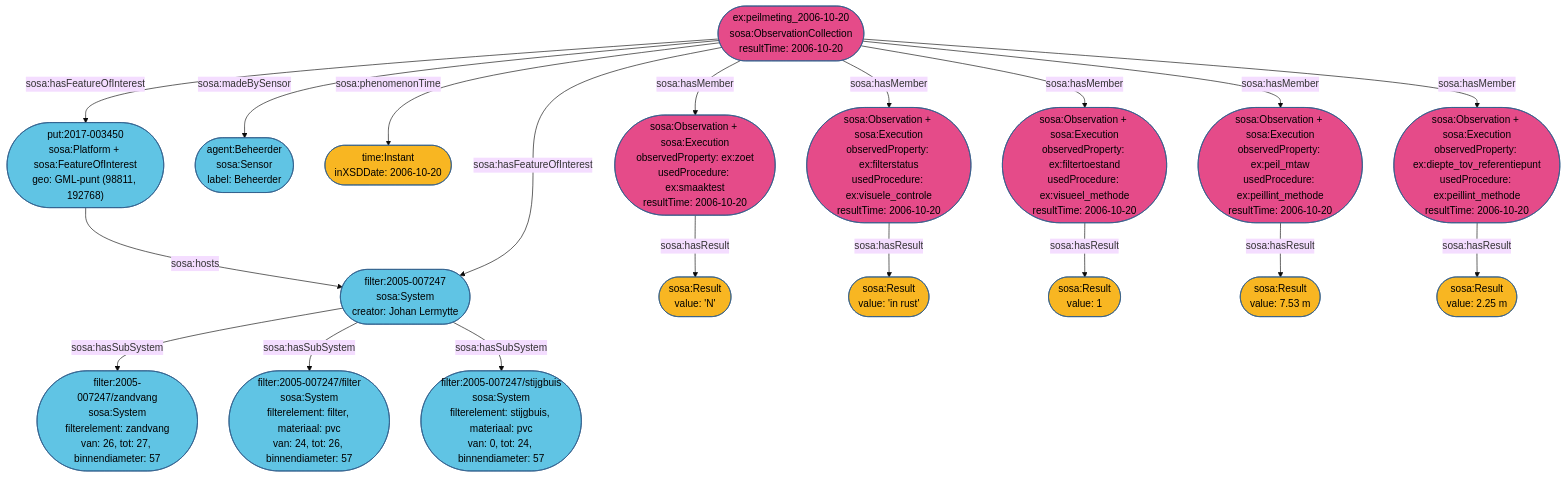
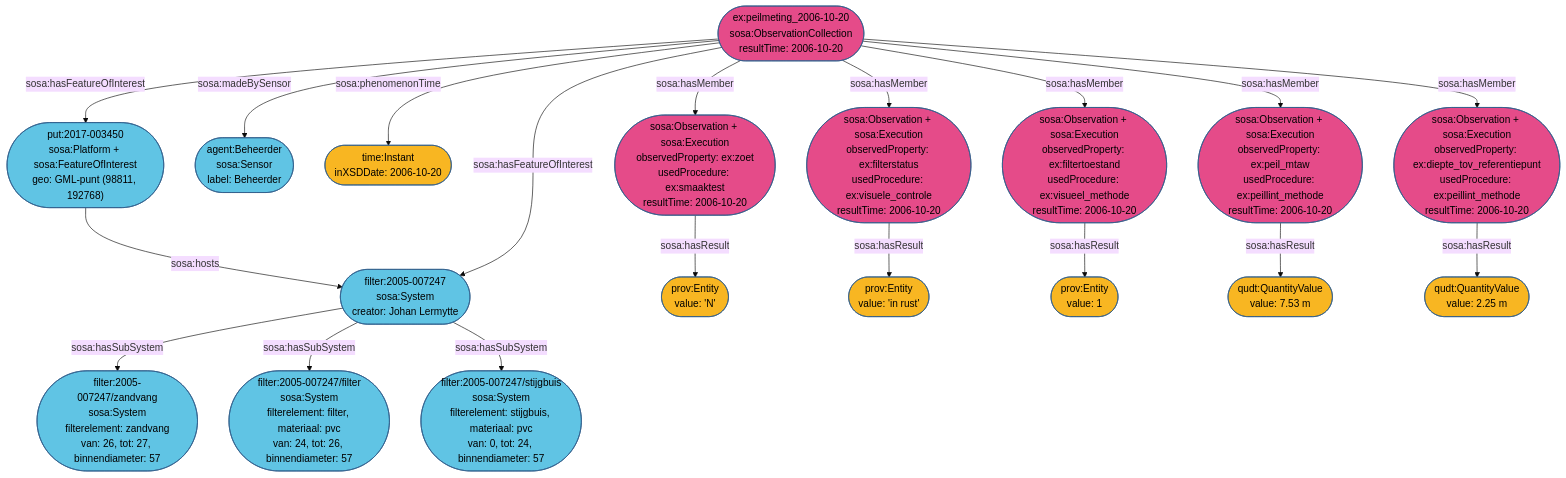
The diagram in src/main/input/grondwaterpeilmetingen/presentatie_diagram.mmd (Informatievlaanderen/OSLOthema-SSNSOSA-VL), drawn with Mermaid (base theme) before and after one commit. The commit also changed 66 other files, not shown here.

First line of the commit message:
Results as qudt:QuantityValue; CSOR units as qudt:Unit; VHA literals; ld-mcp 0.4

```diff
--- a/src/main/input/grondwaterpeilmetingen/presentatie_diagram.mmd
+++ b/src/main/input/grondwaterpeilmetingen/presentatie_diagram.mmd
@@ -1,88 +1,88 @@
 flowchart TD
 
 %% =====================================================
 %% INFRASTRUCTUUR (blauw)
 %% =====================================================
 
 PUT(["put:2017-003450<br/>sosa:Platform + sosa:FeatureOfInterest<br/>geo: GML-punt (98811, 192768)"])
 FILTER(["filter:2005-007247<br/>sosa:System<br/>creator: Johan Lermytte"])
 ZANDVANG(["filter:2005-007247/zandvang<br/>sosa:System<br/>filterelement: zandvang<br/>van: 26, tot: 27, binnendiameter: 57"])
 FILTEREL(["filter:2005-007247/filter<br/>sosa:System<br/>filterelement: filter, materiaal: pvc<br/>van: 24, tot: 26, binnendiameter: 57"])
 STIJGBUIS(["filter:2005-007247/stijgbuis<br/>sosa:System<br/>filterelement: stijgbuis, materiaal: pvc<br/>van: 0, tot: 24, binnendiameter: 57"])
 BEHEERDER(["agent:Beheerder<br/>sosa:Sensor<br/>label: Beheerder"])
 
 
 
 style PUT       fill:#60c4e4,stroke:#2E5C8A,color:#000
 style FILTER    fill:#60c4e4,stroke:#2E5C8A,color:#000
 style ZANDVANG  fill:#60c4e4,stroke:#2E5C8A,color:#000
 style FILTEREL  fill:#60c4e4,stroke:#2E5C8A,color:#000
 style STIJGBUIS fill:#60c4e4,stroke:#2E5C8A,color:#000
 style BEHEERDER fill:#60c4e4,stroke:#2E5C8A,color:#000
 
 
 
 %% =====================================================
 %% WAARNEMING – peilmeting 2006-10-20 (roze)
 %% =====================================================
 
 COLL1(["ex:peilmeting_2006-10-20<br/>sosa:ObservationCollection<br/>resultTime: 2006-10-20"])
 TIME1(["time:Instant<br/>inXSDDate: 2006-10-20"])
 
 OBS1_ZOET(["sosa:Observation + sosa:Execution<br/>observedProperty: ex:zoet<br/>usedProcedure: ex:smaaktest<br/>resultTime: 2006-10-20"])
-RES1_ZOET(["sosa:Result<br/>value: 'N'"])
+RES1_ZOET(["prov:Entity<br/>value: 'N'"])
 
 OBS1_FILTS(["sosa:Observation + sosa:Execution<br/>observedProperty: ex:filterstatus<br/>usedProcedure: ex:visuele_controle<br/>resultTime: 2006-10-20"])
-RES1_FILTS(["sosa:Result<br/>value: 'in rust'"])
+RES1_FILTS(["prov:Entity<br/>value: 'in rust'"])
 
 OBS1_FILTT(["sosa:Observation + sosa:Execution<br/>observedProperty: ex:filtertoestand<br/>usedProcedure: ex:visueel_methode<br/>resultTime: 2006-10-20"])
-RES1_FILTT(["sosa:Result<br/>value: 1"])
+RES1_FILTT(["prov:Entity<br/>value: 1"])
 
 OBS1_PEIL(["sosa:Observation + sosa:Execution<br/>observedProperty: ex:peil_mtaw<br/>usedProcedure: ex:peillint_methode<br/>resultTime: 2006-10-20"])
-RES1_PEIL(["sosa:Result<br/>value: 7.53 m"])
+RES1_PEIL(["qudt:QuantityValue<br/>value: 7.53 m"])
 
 OBS1_DIEPTE(["sosa:Observation + sosa:Execution<br/>observedProperty: ex:diepte_tov_referentiepunt<br/>usedProcedure: ex:peillint_methode<br/>resultTime: 2006-10-20"])
-RES1_DIEPTE(["sosa:Result<br/>value: 2.25 m"])
+RES1_DIEPTE(["qudt:QuantityValue<br/>value: 2.25 m"])
 
 
 style COLL1       fill:#e54b89,stroke:#2E5C8A,color:#000
 style TIME1       fill:#f8b622,stroke:#2E5C8A,color:#000
 style OBS1_ZOET   fill:#e54b89,stroke:#2E5C8A,color:#000
 style RES1_ZOET   fill:#f8b622,stroke:#2E5C8A,color:#000
 style OBS1_FILTS  fill:#e54b89,stroke:#2E5C8A,color:#000
 style RES1_FILTS  fill:#f8b622,stroke:#2E5C8A,color:#000
 style OBS1_FILTT  fill:#e54b89,stroke:#2E5C8A,color:#000
 style RES1_FILTT  fill:#f8b622,stroke:#2E5C8A,color:#000
 style OBS1_PEIL   fill:#e54b89,stroke:#2E5C8A,color:#000
 style RES1_PEIL   fill:#f8b622,stroke:#2E5C8A,color:#000
 style OBS1_DIEPTE fill:#e54b89,stroke:#2E5C8A,color:#000
 style RES1_DIEPTE fill:#f8b622,stroke:#2E5C8A,color:#000
 
 
 
 
 %% =====================================================
 %% RELATIES – INFRASTRUCTUUR
 %% =====================================================
 PUT      -->|sosa:hosts| FILTER
 FILTER   -->|sosa:hasSubSystem| ZANDVANG
 FILTER   -->|sosa:hasSubSystem| FILTEREL
 FILTER   -->|sosa:hasSubSystem| STIJGBUIS
 
 %% =====================================================
 %% RELATIES – peilmeting 2006-10-20
 %% =====================================================
 COLL1 -->|sosa:phenomenonTime| TIME1
 COLL1 -->|sosa:hasFeatureOfInterest| PUT
 COLL1 -->|sosa:hasFeatureOfInterest| FILTER
 COLL1 -->|sosa:madeBySensor| BEHEERDER
 COLL1 -->|sosa:hasMember| OBS1_ZOET
 COLL1 -->|sosa:hasMember| OBS1_FILTS
 COLL1 -->|sosa:hasMember| OBS1_FILTT
 COLL1 -->|sosa:hasMember| OBS1_PEIL
 COLL1 -->|sosa:hasMember| OBS1_DIEPTE
 OBS1_ZOET   -->|sosa:hasResult| RES1_ZOET
 OBS1_FILTS  -->|sosa:hasResult| RES1_FILTS
 OBS1_FILTT  -->|sosa:hasResult| RES1_FILTT
 OBS1_PEIL   -->|sosa:hasResult| RES1_PEIL
 OBS1_DIEPTE -->|sosa:hasResult| RES1_DIEPTE
```
